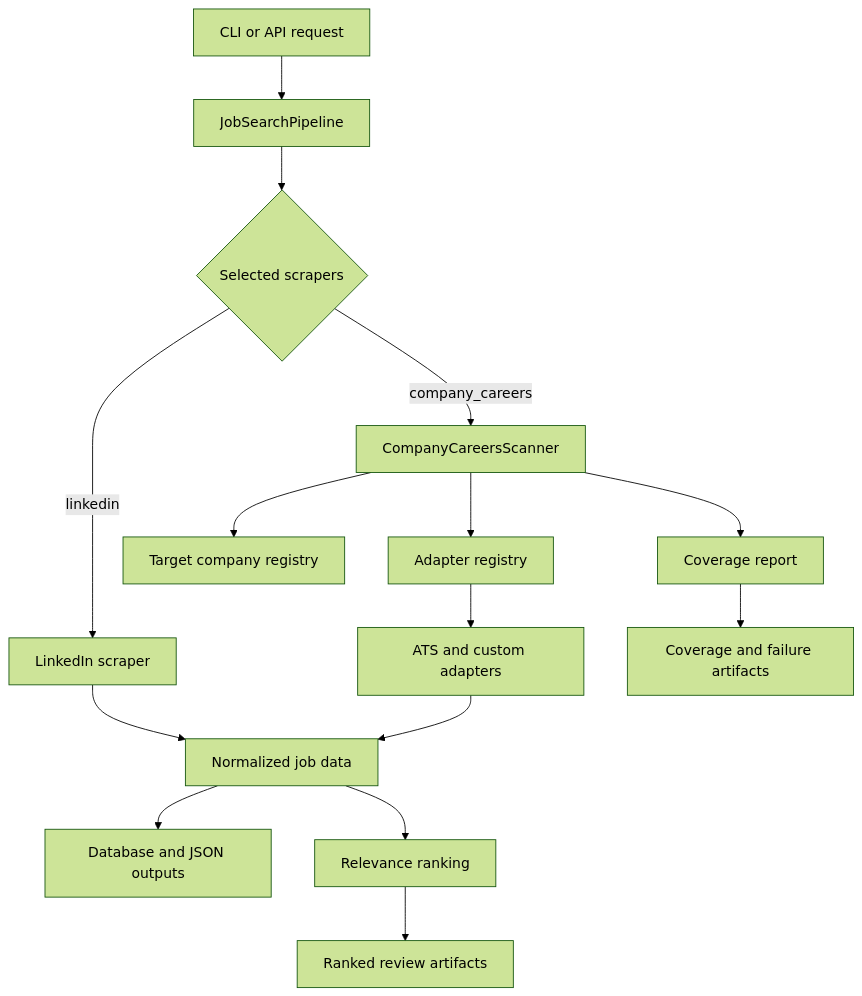
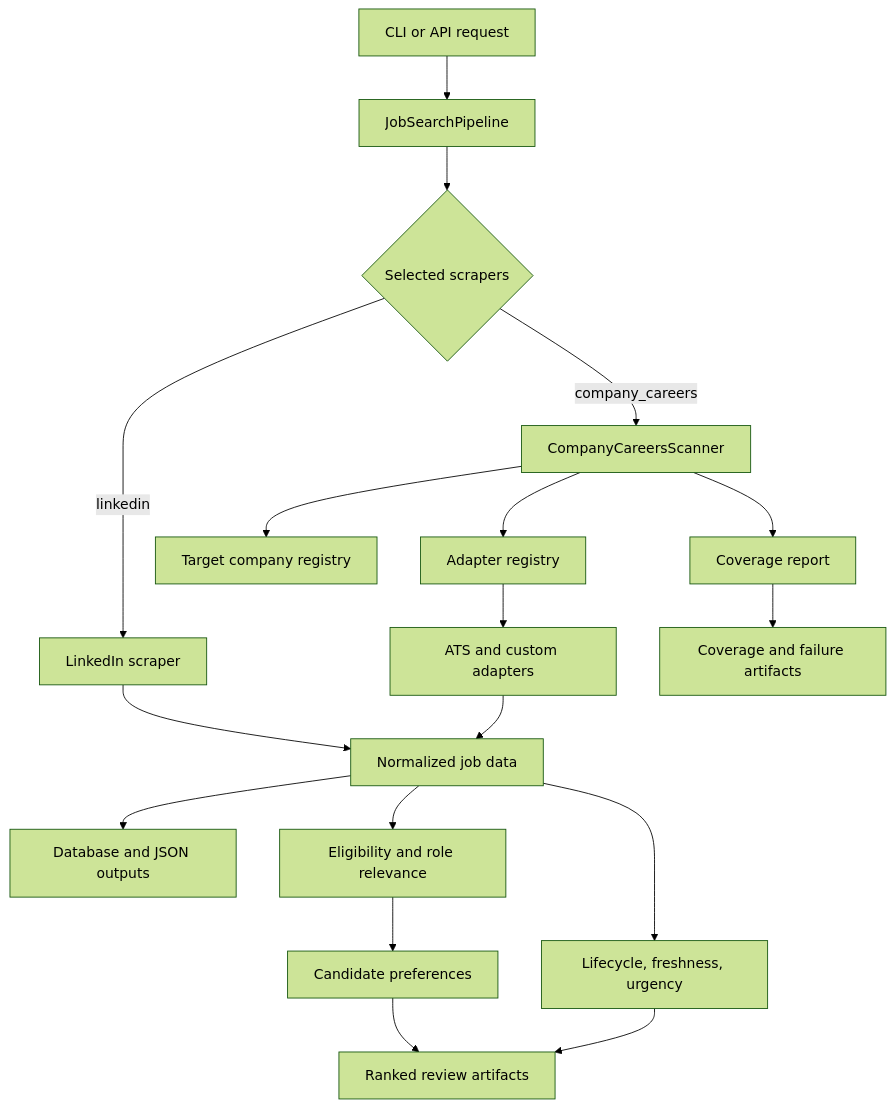
Before and after one commit to Mahmood-Elahi/Ping: the diagram in docs/ARCHITECTURE.md, drawn with Mermaid (forest theme). The commit also changed other lines of this file and 30 other files, not shown here.

Commit message:
Add job freshness and urgency intelligence

````diff
--- a/docs/ARCHITECTURE.md
+++ b/docs/ARCHITECTURE.md
@@ -12,17 +12,20 @@
 ```mermaid
 flowchart TD
     A[CLI or API request] --> B[JobSearchPipeline]
     B --> C{Selected scrapers}
     C -->|linkedin| D[LinkedIn scraper]
     C -->|company_careers| E[CompanyCareersScanner]
     E --> F[Target company registry]
     E --> G[Adapter registry]
     G --> H[ATS and custom adapters]
     D --> I[Normalized job data]
     H --> I
     I --> J[Database and JSON outputs]
-    I --> K[Relevance ranking]
+    I --> K[Eligibility and role relevance]
+    K --> O[Candidate preferences]
+    I --> P[Lifecycle, freshness, urgency]
     E --> L[Coverage report]
-    K --> M[Ranked review artifacts]
+    O --> M[Ranked review artifacts]
+    P --> M
     L --> N[Coverage and failure artifacts]
 ```
````
